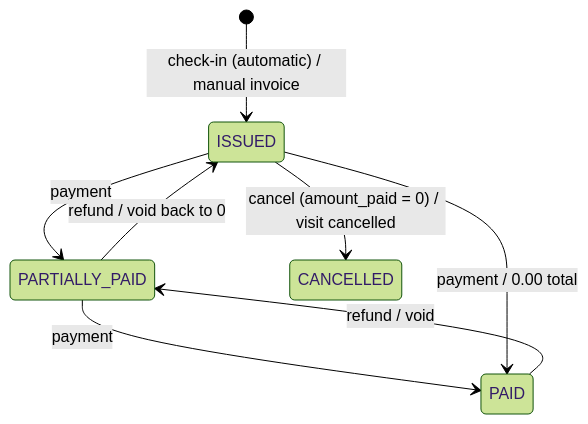
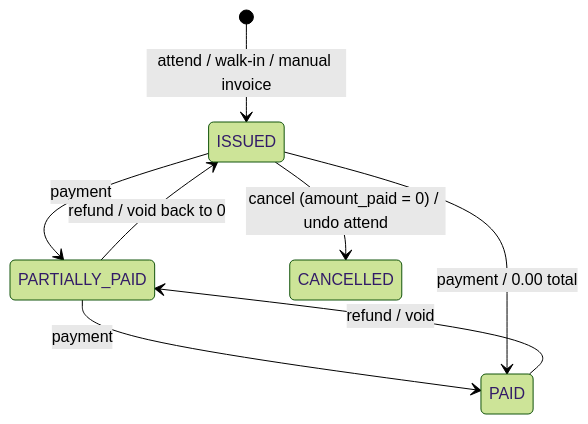
Before and after one commit to Abdulrhman-Gawish/rehab-clinic: the third of 3 diagrams in backend/README.md, drawn with Mermaid (forest theme). The commit also changed other lines of this file and 51 other files, not shown here.

````diff
--- a/backend/README.md
+++ b/backend/README.md
@@ -404,10 +389,10 @@
 ```mermaid
 stateDiagram-v2
-    [*] --> ISSUED: check-in (automatic) / manual invoice
+    [*] --> ISSUED: attend / walk-in / manual invoice
     ISSUED --> PARTIALLY_PAID: payment
     PARTIALLY_PAID --> PAID: payment
     ISSUED --> PAID: payment / 0.00 total
     PAID --> PARTIALLY_PAID: refund / void
     PARTIALLY_PAID --> ISSUED: refund / void back to 0
-    ISSUED --> CANCELLED: cancel (amount_paid = 0) / visit cancelled
+    ISSUED --> CANCELLED: cancel (amount_paid = 0) / undo attend
 ```
````
